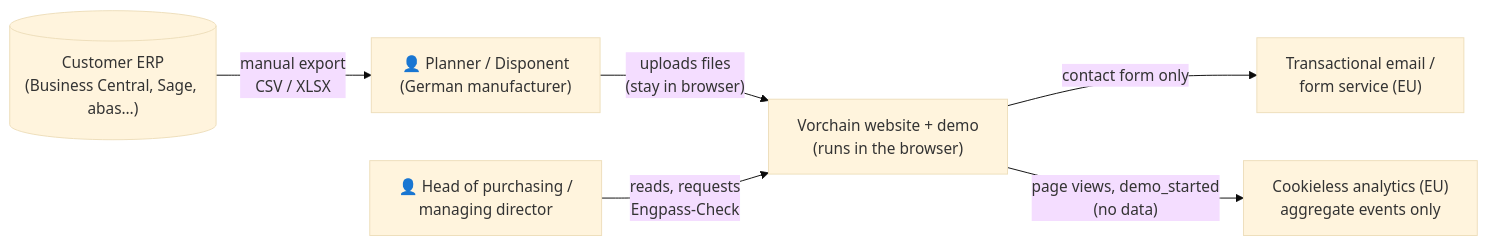
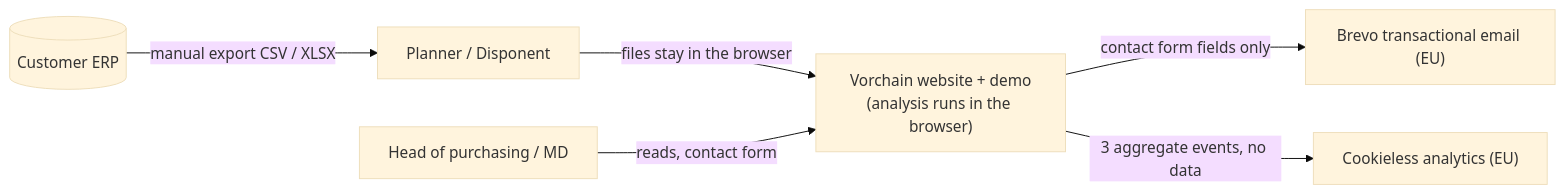
One commit to Sodabeh-Taherpanah/vorchain_project changed the second of 10 diagrams in docs/architecture/README.md. Above: the diagram before and after it, drawn with Mermaid (base theme). The commit also changed other lines of this file and 16 other files, not shown here.

First line of the commit message:
docs: plan phase 1 with ADRs, architecture and backlog

````diff
--- a/docs/architecture/README.md
+++ b/docs/architecture/README.md
@@ -4,15 +47,15 @@
 ```mermaid
 flowchart LR
-  planner["👤 Planner / Disponent<br/>(German manufacturer)"]
-  buyer["👤 Head of purchasing /<br/>managing director"]
-  erp[("Customer ERP<br/>(Business Central, Sage, abas…)")]
-  site["Vorchain website + demo<br/>(runs in the browser)"]
-  mail["Transactional email /<br/>form service (EU)"]
-  analytics["Cookieless analytics (EU)<br/>aggregate events only"]
+  planner["Planner / Disponent"]
+  buyer["Head of purchasing / MD"]
+  erp[("Customer ERP")]
+  site["Vorchain website + demo<br/>(analysis runs in the browser)"]
+  mail["Brevo transactional email (EU)"]
+  analytics["Cookieless analytics (EU)"]
 
-  erp -- "manual export<br/>CSV / XLSX" --> planner
-  planner -- "uploads files<br/>(stay in browser)" --> site
-  buyer -- "reads, requests<br/>Engpass-Check" --> site
-  site -- "contact form only" --> mail
-  site -- "page views, demo_started<br/>(no data)" --> analytics
+  erp -- "manual export CSV / XLSX" --> planner
+  planner -- "files stay in the browser" --> site
+  buyer -- "reads, contact form" --> site
+  site -- "contact form fields only" --> mail
+  site -- "3 aggregate events, no data" --> analytics
 ```
````
